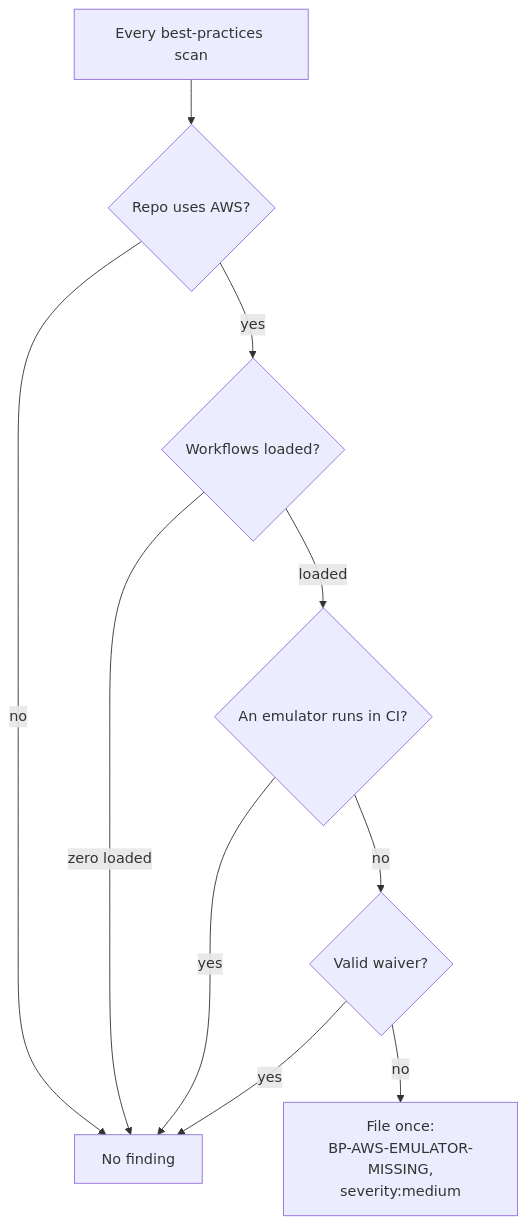
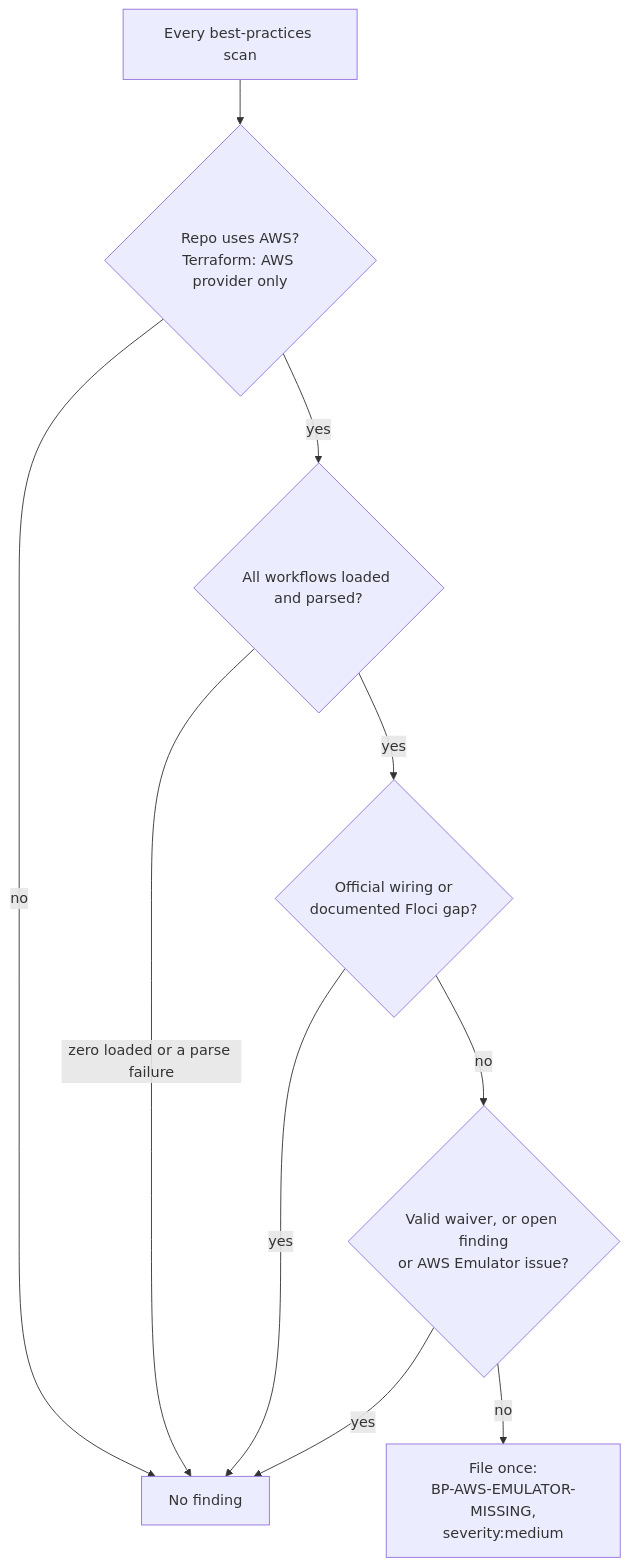
The first of 4 diagrams in docs/BEST-PRACTICES-SCAN.md (stSoftwareAU/VibeCoder), drawn with Mermaid before and after one commit. The commit also changed other lines of this file and 14 other files, not shown here.

````diff
--- a/docs/BEST-PRACTICES-SCAN.md
+++ b/docs/BEST-PRACTICES-SCAN.md
@@ -424,12 +502,12 @@
 ```mermaid
 flowchart TD
-    A[Every best-practices scan] --> B{Repo uses AWS?}
+    A[Every best-practices scan] --> B{Repo uses AWS?<br/>Terraform: AWS provider only}
     B -- no --> Z[No finding]
-    B -- yes --> C{Workflows loaded?}
-    C -- zero loaded --> Z
-    C -- loaded --> D{An emulator runs in CI?}
+    B -- yes --> C{All workflows loaded and parsed?}
+    C -- zero loaded or a parse failure --> Z
+    C -- yes --> D{Official wiring or<br/>documented Floci gap?}
     D -- yes --> Z
-    D -- no --> E{Valid waiver?}
+    D -- no --> E{Valid waiver, or open finding<br/>or AWS Emulator issue?}
     E -- yes --> Z
     E -- no --> F[File once:<br/>BP-AWS-EMULATOR-MISSING,<br/>severity:medium]
 ```
````
